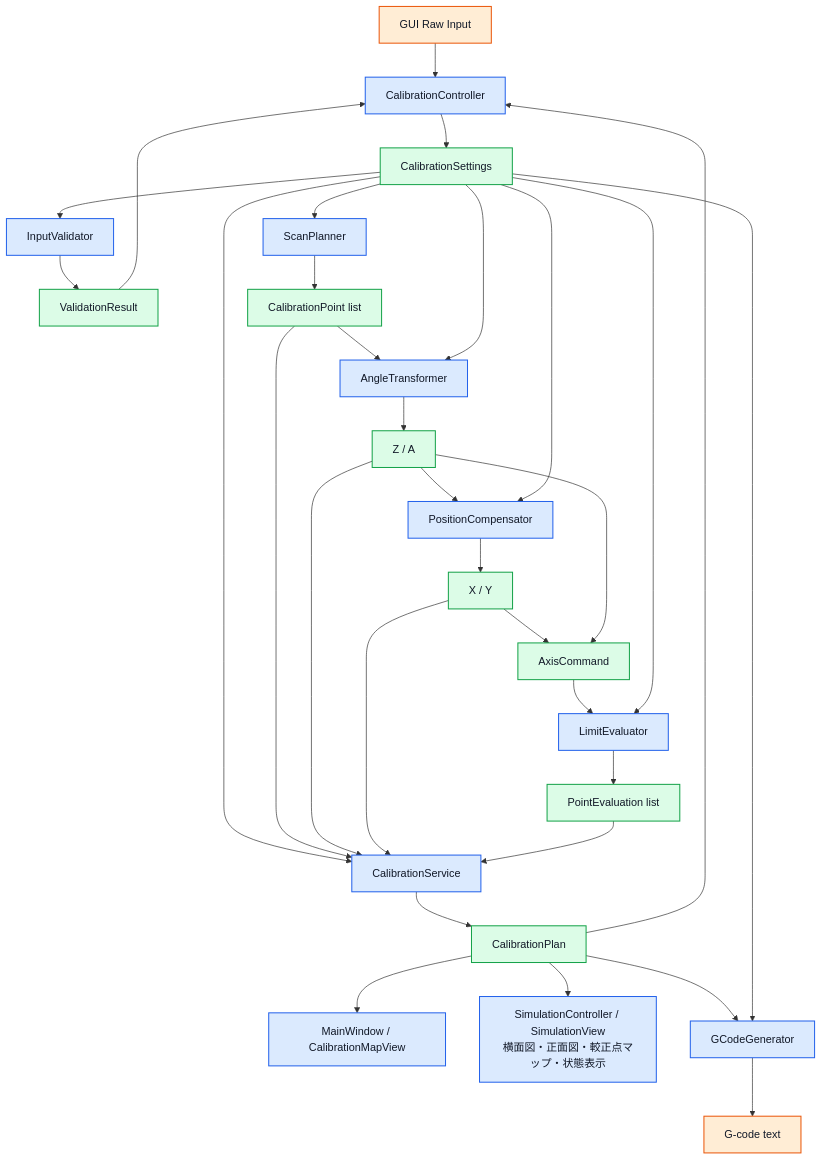
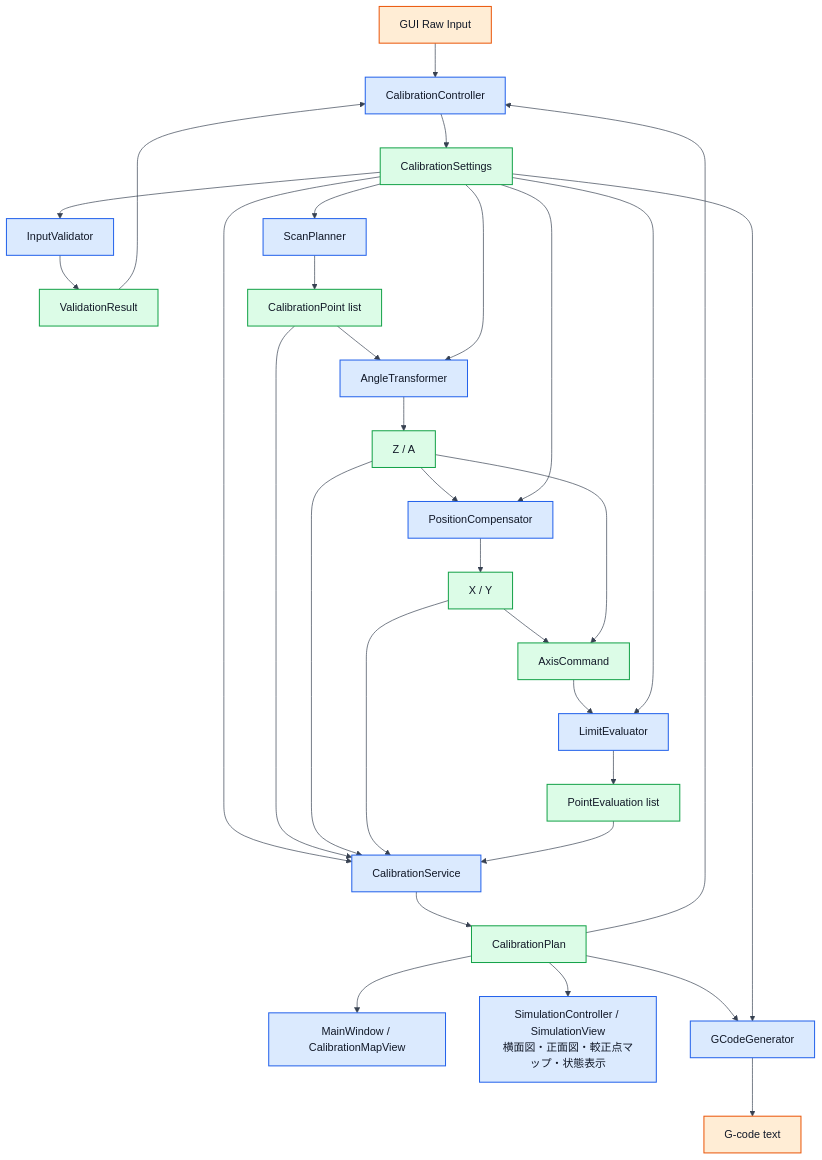
Before and after one commit to Pakfat50/FiveHolePitotTubeCalibration: the tenth of 12 diagrams in docs/architecture_design.md, drawn with Mermaid.

Commit message:
docs: set high-contrast theme for data flow diagram

````diff
--- a/docs/architecture_design.md
+++ b/docs/architecture_design.md
@@ -513,68 +513,69 @@
 ```mermaid
+%%{init: {"theme":"base","themeVariables":{"primaryTextColor":"#111827","lineColor":"#374151","primaryBorderColor":"#2563eb","primaryColor":"#dbeafe","secondaryColor":"#dcfce7","tertiaryColor":"#fef3c7","edgeLabelBackground":"#ffffff","fontFamily":"Noto Sans JP, sans-serif"}}}%%
 flowchart TB
     Raw[GUI Raw Input]
     Settings[CalibrationSettings]
     Validator[InputValidator]
     Validation[ValidationResult]
     Controller[CalibrationController]
     Service[CalibrationService]
     Scan[ScanPlanner]
     Points[CalibrationPoint list]
     Transform[AngleTransformer]
     Angles[Z / A]
     Position[PositionCompensator]
     XY[X / Y]
     Cmd[AxisCommand]
     Limit[LimitEvaluator]
     Eval[PointEvaluation list]
     Plan[CalibrationPlan]
     GUI[MainWindow / CalibrationMapView]
     Simulation[SimulationController / SimulationView\n横面図・正面図・較正点マップ・状態表示]
     GCode[GCodeGenerator]
     NC[G-code text]
 
     Raw --> Controller
     Controller --> Settings
 
     Settings --> Validator
     Validator --> Validation
     Validation --> Controller
 
     Settings --> Service
     Settings --> Scan
     Scan --> Points
     Points --> Service
 
     Points --> Transform
     Settings --> Transform
     Transform --> Angles
     Angles --> Service
 
     Angles --> Position
     Settings --> Position
     Position --> XY
     XY --> Service
 
     XY --> Cmd
     Angles --> Cmd
     Cmd --> Limit
     Settings --> Limit
     Limit --> Eval
     Eval --> Service
 
     Service --> Plan
     Plan --> Controller
     Plan --> GUI
     Plan --> Simulation
     Plan --> GCode
     Settings --> GCode
     GCode --> NC
 
     classDef module fill:#dbeafe,stroke:#2563eb,stroke-width:1.5px,color:#111827;
     classDef data fill:#dcfce7,stroke:#16a34a,stroke-width:1.5px,color:#111827;
     classDef external fill:#ffedd5,stroke:#ea580c,stroke-width:1.5px,color:#111827;
 
     class Validator,Controller,Service,Scan,Transform,Position,Limit,GUI,Simulation,GCode module;
     class Settings,Validation,Points,Angles,XY,Cmd,Eval,Plan data;
     class Raw,NC external;
 ```
````
